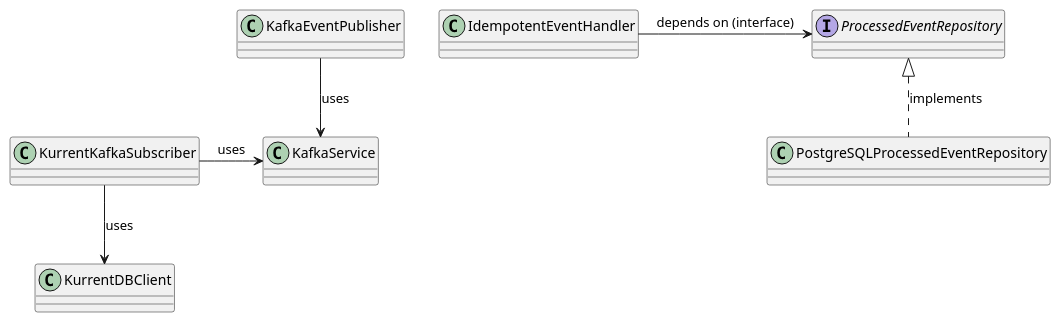
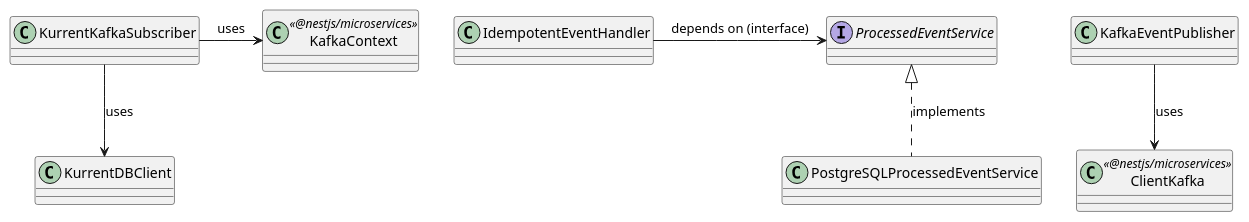
The third of 7 diagrams in docs/architecture/event-sourcing-cqrs.md (masakazu1967/system-board), drawn with PlantUML before and after one commit. The commit also changed other lines of this file and 15 other files, not shown here.

````diff
--- a/docs/architecture/event-sourcing-cqrs.md
+++ b/docs/architecture/event-sourcing-cqrs.md
@@ -370,16 +383,17 @@
 ```plantuml
 @startuml
 class KafkaEventPublisher
-class KafkaService
+class ClientKafka <<@nestjs/microservices>>
 class KurrentKafkaSubscriber
+class KafkaContext <<@nestjs/microservices>>
 class IdempotentEventHandler
-interface ProcessedEventRepository
-class PostgreSQLProcessedEventRepository
+interface ProcessedEventService
+class PostgreSQLProcessedEventService
 
-KafkaEventPublisher --> KafkaService : uses
+KafkaEventPublisher --> ClientKafka : uses
 KurrentKafkaSubscriber --> KurrentDBClient : uses
-KurrentKafkaSubscriber -> KafkaService : uses
-ProcessedEventRepository <|.. PostgreSQLProcessedEventRepository : implements
-IdempotentEventHandler -> ProcessedEventRepository : depends on (interface)
+KurrentKafkaSubscriber -> KafkaContext : uses
+ProcessedEventService <|.. PostgreSQLProcessedEventService : implements
+IdempotentEventHandler -> ProcessedEventService : depends on (interface)
 @enduml
 ```
````
